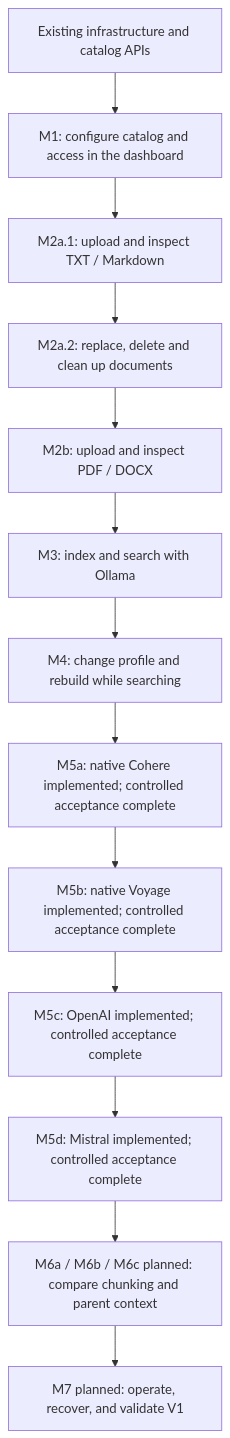
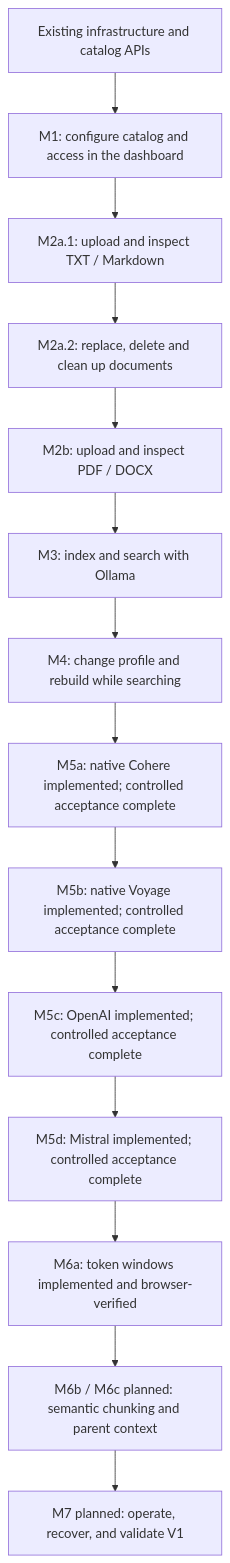
Before and after one commit to SimonLoir/vectorix: the fifth of 5 diagrams in docs/rag-implementation-plan.md, drawn with Mermaid. The commit also changed other lines of this file and 34 other files, not shown here.

````diff
--- a/docs/rag-implementation-plan.md
+++ b/docs/rag-implementation-plan.md
@@ -245,15 +246,16 @@
 ```mermaid
 flowchart TD
     BASE["Existing infrastructure and catalog APIs"] --> M1["M1: configure catalog and access in the dashboard"]
     M1 --> M2A["M2a.1: upload and inspect TXT / Markdown"]
     M2A --> M2A2["M2a.2: replace, delete and clean up documents"]
     M2A2 --> M2B["M2b: upload and inspect PDF / DOCX"]
     M2B --> M3["M3: index and search with Ollama"]
     M3 --> M4["M4: change profile and rebuild while searching"]
     M4 --> M5A["M5a: native Cohere implemented; controlled acceptance complete"]
     M5A --> M5B["M5b: native Voyage implemented; controlled acceptance complete"]
     M5B --> M5C["M5c: OpenAI implemented; controlled acceptance complete"]
     M5C --> M5D["M5d: Mistral implemented; controlled acceptance complete"]
-    M5D --> M6["M6a / M6b / M6c planned: compare chunking and parent context"]
+    M5D --> M6A["M6a: token windows implemented and browser-verified"]
+    M6A --> M6["M6b / M6c planned: semantic chunking and parent context"]
     M6 --> M7["M7 planned: operate, recover, and validate V1"]
 ```
````
